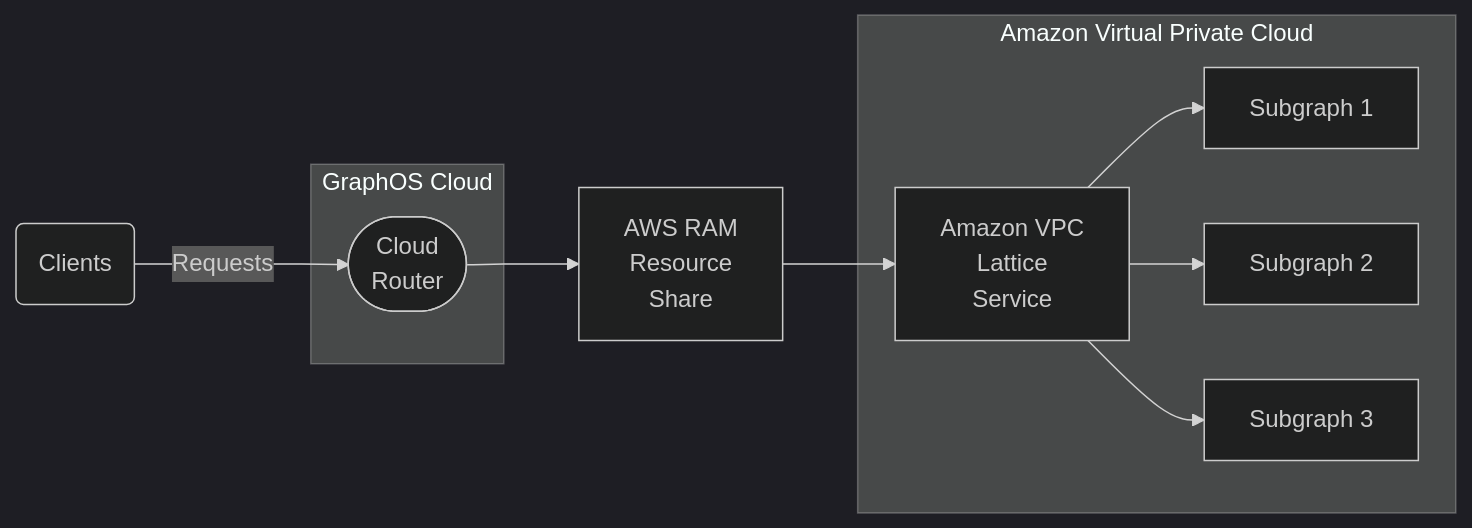
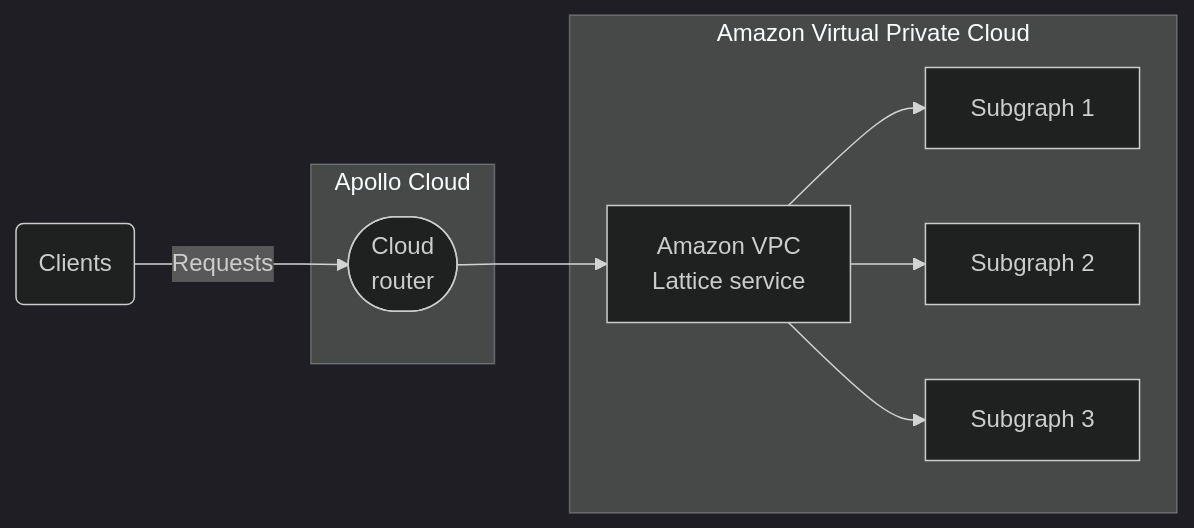
One commit to apollographql/docs changed the first of 4 diagrams in src/content/graphos/cloud-routing/dedicated/lattice.mdx. Above: the diagram before and after it, drawn with Mermaid (dark theme). The commit also changed other lines of this file and 22 other files, not shown here.

````diff
--- a/src/content/graphos/cloud-routing/dedicated/lattice.mdx
+++ b/src/content/graphos/cloud-routing/dedicated/lattice.mdx
@@ -11,20 +11,18 @@
 ```mermaid
 flowchart LR;
   clients(Clients);
-  subgraph "GraphOS Cloud";
-    router(["Cloud <br/> Router"]);
+  subgraph "Apollo Cloud";
+    router(["Cloud <br/> router"]);
   end;
-  resourceshare["AWS RAM <br/> Resource <br/> Share"]
   subgraph "Amazon Virtual Private Cloud"
-    lattice[Amazon VPC <br/> Lattice <br/> Service]
+    lattice[Amazon VPC <br/> Lattice service]
     service1[Subgraph 1];
     service2[Subgraph 2];
     service3[Subgraph 3];
   end;
 
-  router --> resourceshare
-  resourceshare --> lattice
+  router --> lattice
   lattice --> service1 & service2 & service3;
 
   clients -->|Requests| router;
 ```
````
